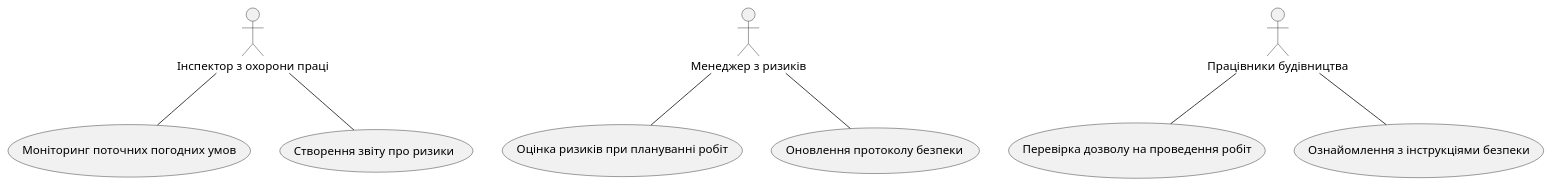
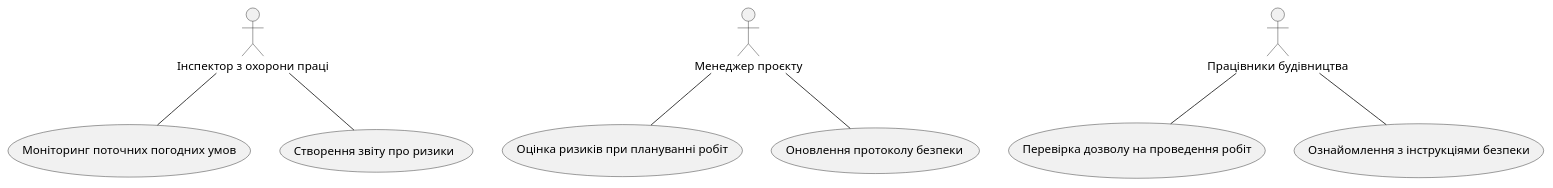
Before and after one commit to olgasolovei/deniadenia2: the diagram in 1-Requirements/1.2-UseCaseDiagram/README.md, drawn with PlantUML. The commit also changed 1 other file, not shown here.

```diff
--- a/1-Requirements/1.2-UseCaseDiagram/README.md
+++ b/1-Requirements/1.2-UseCaseDiagram/README.md
@@ -2,19 +2,19 @@
 @startuml
 actor "Інспектор з охорони праці" as Inspector
-actor "Менеджер з ризиків" as RiskManager
+actor "Менеджер проєкту" as Manager
 actor "Працівники будівництва" as Workers
 
 usecase "Моніторинг поточних погодних умов" as UC1
 usecase "Створення звіту про ризики" as UC2
 usecase "Оцінка ризиків при плануванні робіт" as UC3
 usecase "Оновлення протоколу безпеки" as UC4
 usecase "Перевірка дозволу на проведення робіт" as UC5
 usecase "Ознайомлення з інструкціями безпеки" as UC6
 
 Inspector -- UC1
 Inspector -- UC2
-RiskManager -- UC3
-RiskManager -- UC4
+Manager -- UC3
+Manager -- UC4
 Workers -- UC5
 Workers -- UC6
 @enduml
```
